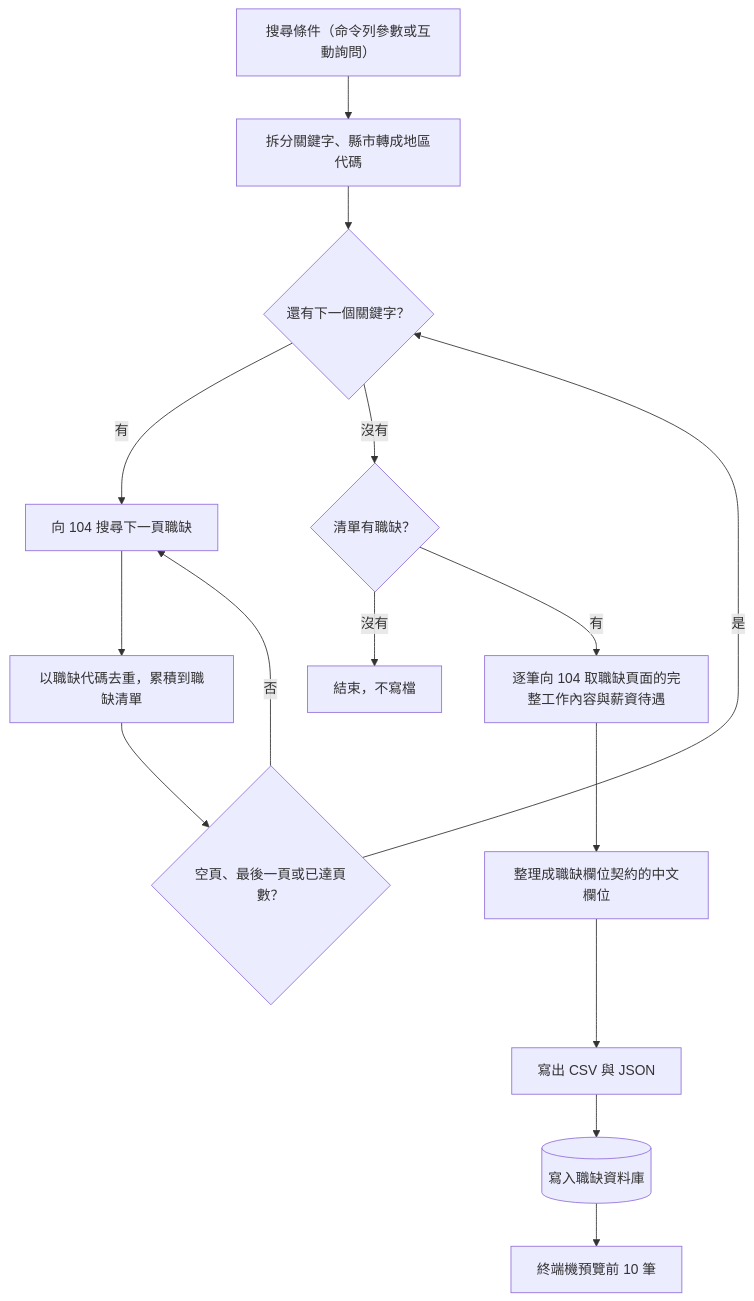
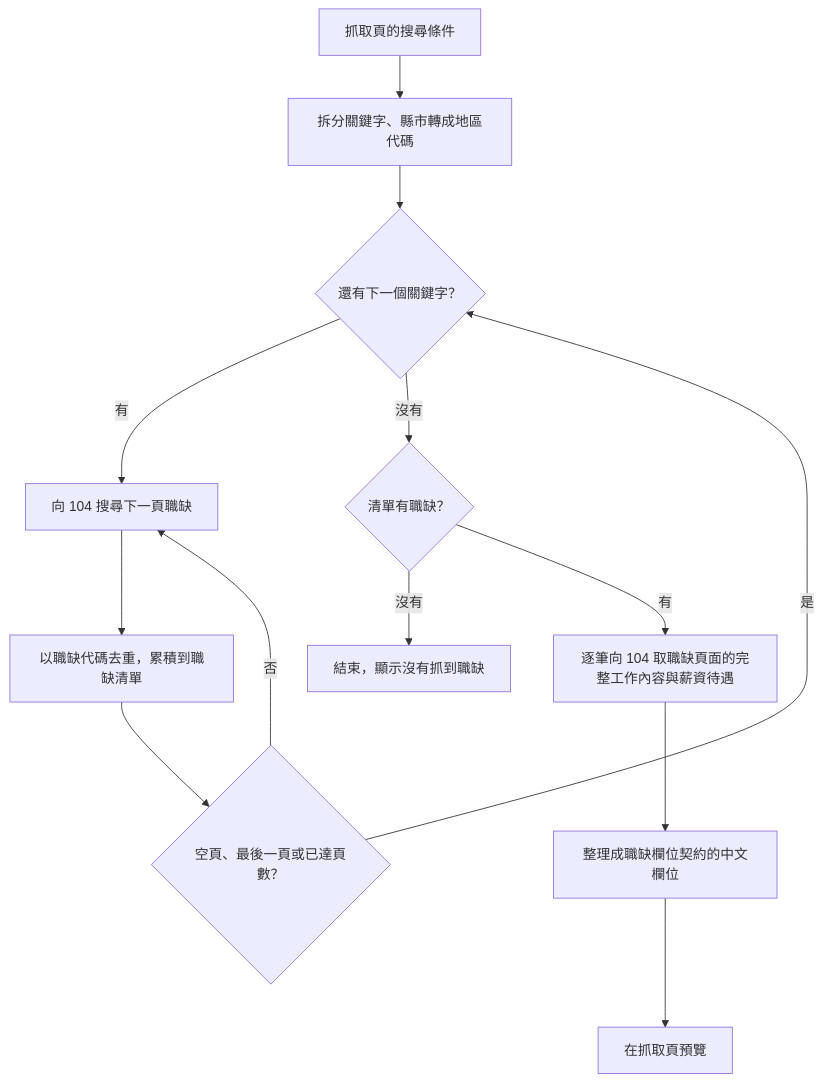
Before and after one commit to dlhdb/job-matching: the diagram in docs/product/features/104-job-scraper.md, drawn with Mermaid. The commit also changed other lines of this file and 7 other files, not shown here.

````diff
--- a/docs/product/features/104-job-scraper.md
+++ b/docs/product/features/104-job-scraper.md
@@ -66,17 +68,15 @@
 ```mermaid
 flowchart TD
-    I["搜尋條件（命令列參數或互動詢問）"] --> P[拆分關鍵字、縣市轉成地區代碼]
+    I["抓取頁的搜尋條件"] --> P[拆分關鍵字、縣市轉成地區代碼]
     P --> K{還有下一個關鍵字？}
     K -->|有| S[向 104 搜尋下一頁職缺]
     S --> D[以職缺代碼去重，累積到職缺清單]
     D --> L{"空頁、最後一頁或已達頁數？"}
     L -->|否| S
     L -->|是| K
     K -->|沒有| E{清單有職缺？}
-    E -->|沒有| X[結束，不寫檔]
+    E -->|沒有| X[結束，顯示沒有抓到職缺]
     E -->|有| T[逐筆向 104 取職缺頁面的完整工作內容與薪資待遇]
     T --> F[整理成職缺欄位契約的中文欄位]
-    F --> O["寫出 CSV 與 JSON"]
-    O --> DB[("寫入職缺資料庫")]
-    DB --> V[終端機預覽前 10 筆]
+    F --> V[在抓取頁預覽]
 ```
````
